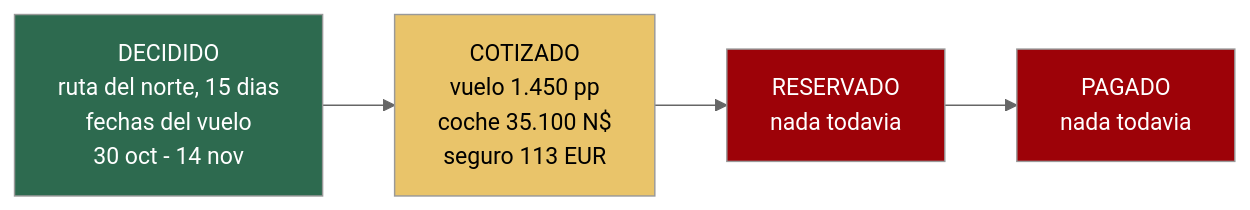
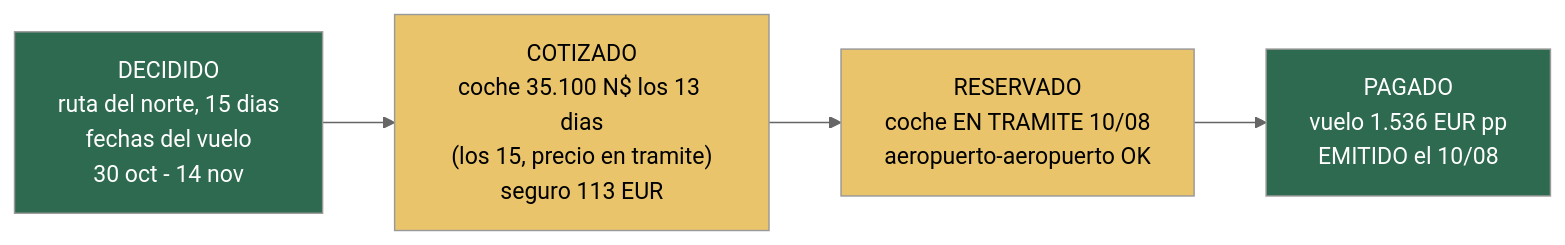
Before and after one commit to morandeirachema/namibia: the first of 6 diagrams in README.md, drawn with Mermaid (neutral theme). The commit also changed other lines of this file and 7 other files, not shown here.

````diff
--- a/README.md
+++ b/README.md
@@ -35,10 +35,10 @@
 ```mermaid
 flowchart LR
-    D["DECIDIDO<br/>ruta del norte, 15 dias<br/>fechas del vuelo<br/>30 oct - 14 nov"] --> C["COTIZADO<br/>vuelo 1.450 pp<br/>coche 35.100 N$<br/>seguro 113 EUR"]
-    C --> R["RESERVADO<br/>nada todavia"]
-    R --> P["PAGADO<br/>nada todavia"]
+    D["DECIDIDO<br/>ruta del norte, 15 dias<br/>fechas del vuelo<br/>30 oct - 14 nov"] --> C["COTIZADO<br/>coche 35.100 N$ los 13 dias<br/>(los 15, precio en tramite)<br/>seguro 113 EUR"]
+    C --> R["RESERVADO<br/>coche EN TRAMITE 10/08<br/>aeropuerto-aeropuerto OK"]
+    R --> P["PAGADO<br/>vuelo 1.536 EUR pp<br/>EMITIDO el 10/08"]
     style D fill:#2d6a4f,color:#fff
     style C fill:#e9c46a,color:#000
-    style R fill:#9d0208,color:#fff
-    style P fill:#9d0208,color:#fff
+    style R fill:#e9c46a,color:#000
+    style P fill:#2d6a4f,color:#fff
 ```
````
